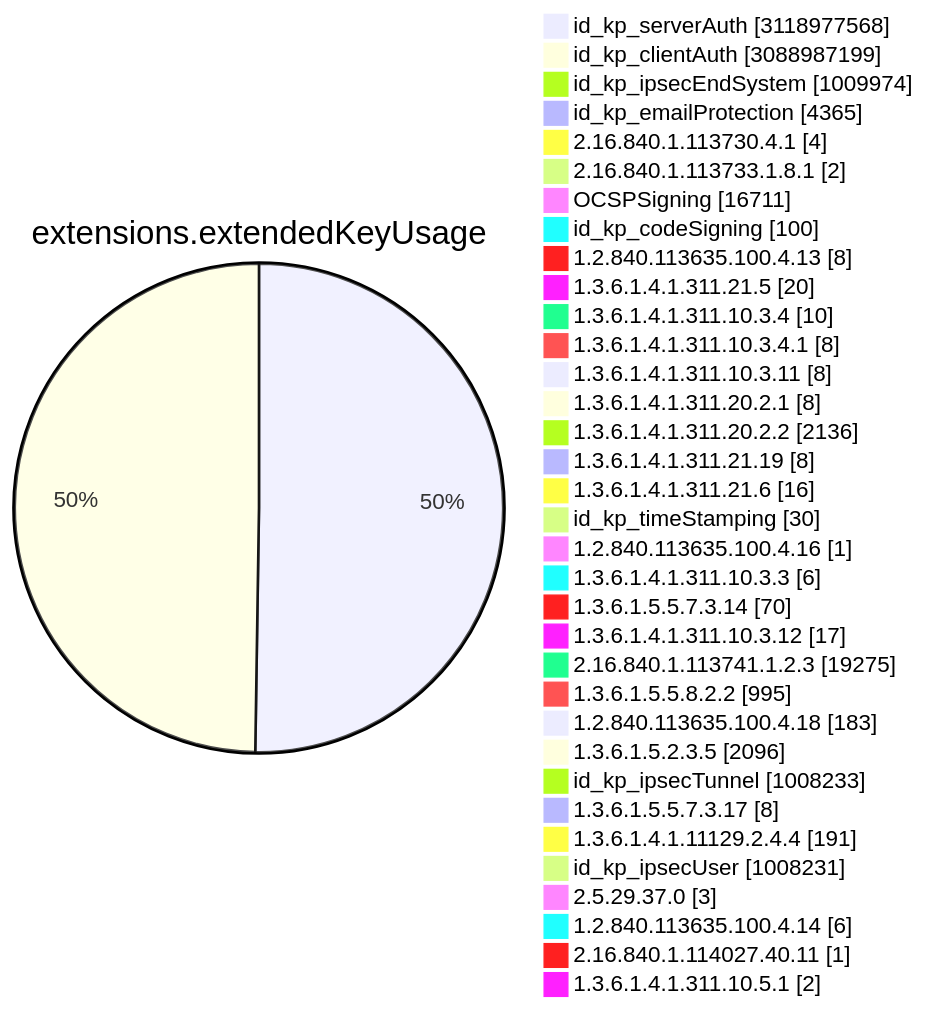
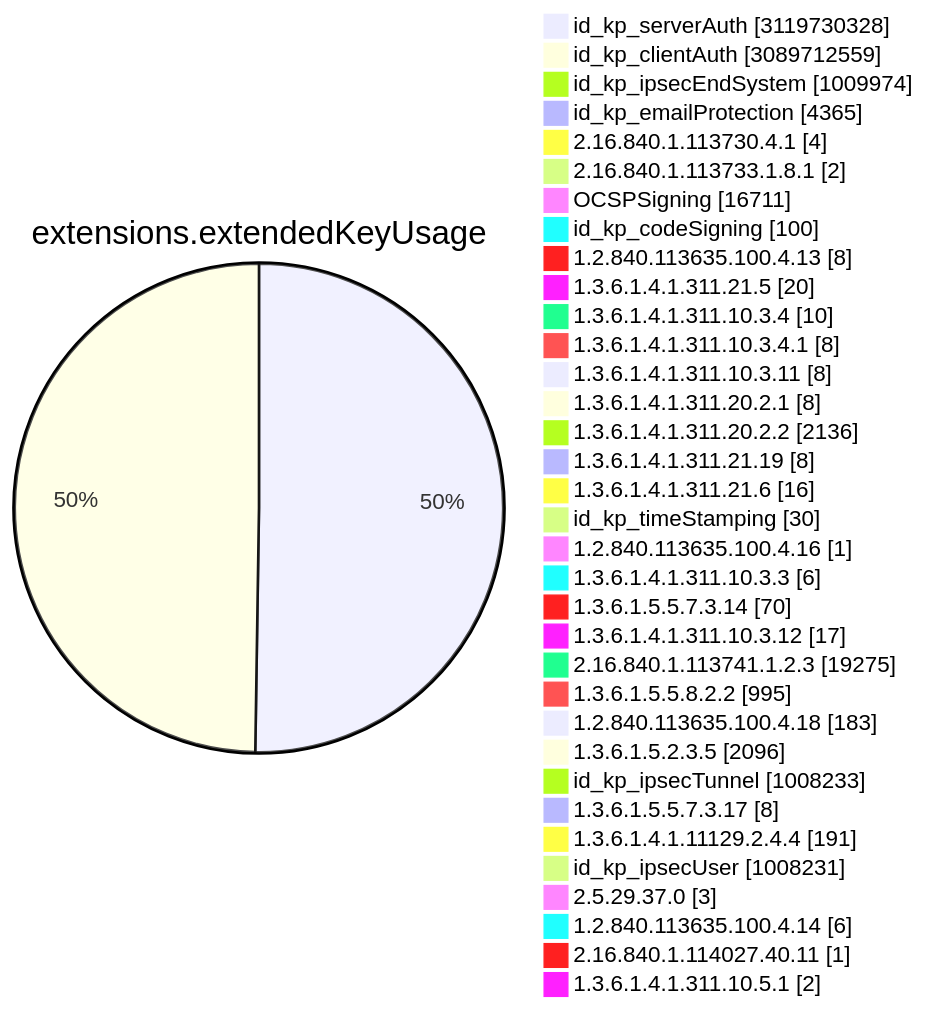
Before and after one commit to christiankrug/ctmonitor_visualization: diagram 11 of 15 in TOTAL/README.md, drawn with Mermaid. The commit also changed other lines of this file, not shown here.

````diff
--- a/TOTAL/README.md
+++ b/TOTAL/README.md
@@ -4117,38 +4117,38 @@
 ```mermaid
 pie showData
 title extensions.extendedKeyUsage
-"id_kp_serverAuth" :3118977568
-"id_kp_clientAuth" :3088987199
+"id_kp_serverAuth" :3119730328
+"id_kp_clientAuth" :3089712559
 "id_kp_ipsecEndSystem" :1009974
 "id_kp_emailProtection" :4365
 "2.16.840.1.113730.4.1" :4
 "2.16.840.1.113733.1.8.1" :2
 "OCSPSigning" :16711
 "id_kp_codeSigning" :100
 "1.2.840.113635.100.4.13" :8
 "1.3.6.1.4.1.311.21.5" :20
 "1.3.6.1.4.1.311.10.3.4" :10
 "1.3.6.1.4.1.311.10.3.4.1" :8
 "1.3.6.1.4.1.311.10.3.11" :8
 "1.3.6.1.4.1.311.20.2.1" :8
 "1.3.6.1.4.1.311.20.2.2" :2136
 "1.3.6.1.4.1.311.21.19" :8
 "1.3.6.1.4.1.311.21.6" :16
 "id_kp_timeStamping" :30
 "1.2.840.113635.100.4.16" :1
 "1.3.6.1.4.1.311.10.3.3" :6
 "1.3.6.1.5.5.7.3.14" :70
 "1.3.6.1.4.1.311.10.3.12" :17
 "2.16.840.1.113741.1.2.3" :19275
 "1.3.6.1.5.5.8.2.2" :995
 "1.2.840.113635.100.4.18" :183
 "1.3.6.1.5.2.3.5" :2096
 "id_kp_ipsecTunnel" :1008233
 "1.3.6.1.5.5.7.3.17" :8
 "1.3.6.1.4.1.11129.2.4.4" :191
 "id_kp_ipsecUser" :1008231
 "2.5.29.37.0" :3
 "1.2.840.113635.100.4.14" :6
 "2.16.840.1.114027.40.11" :1
 "1.3.6.1.4.1.311.10.5.1" :2
 ```
````
